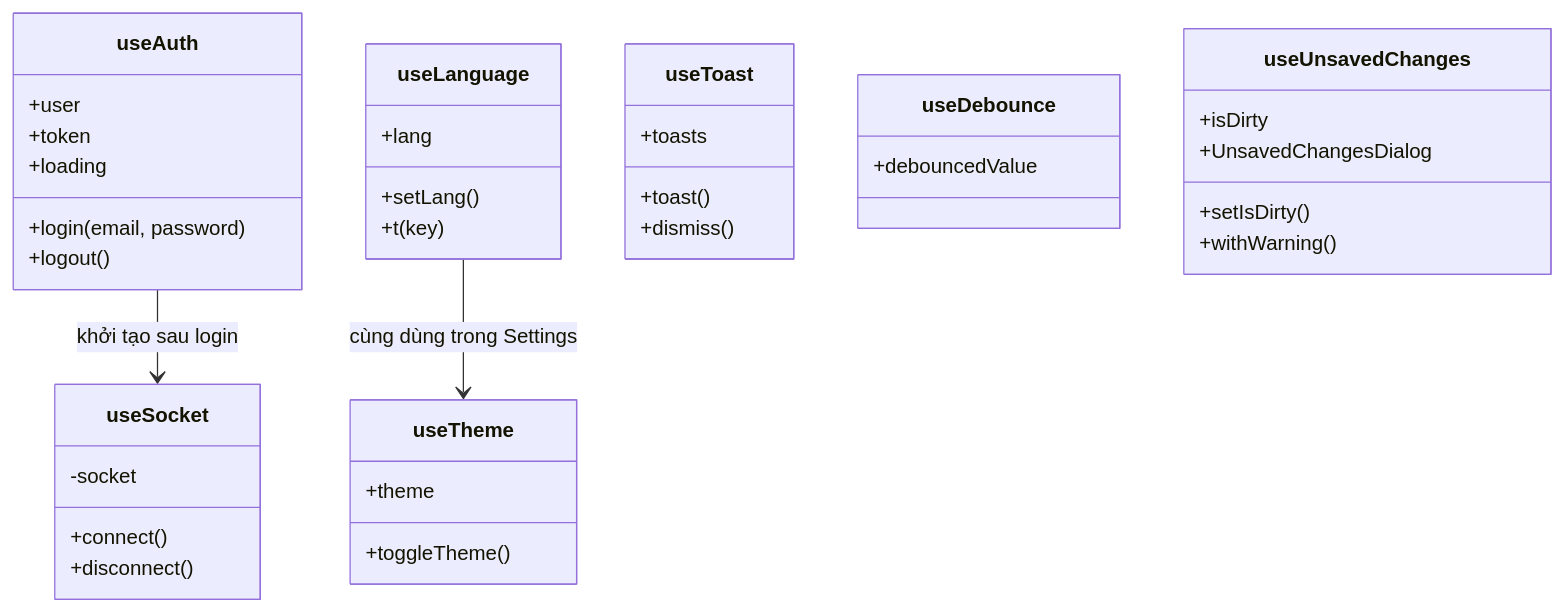
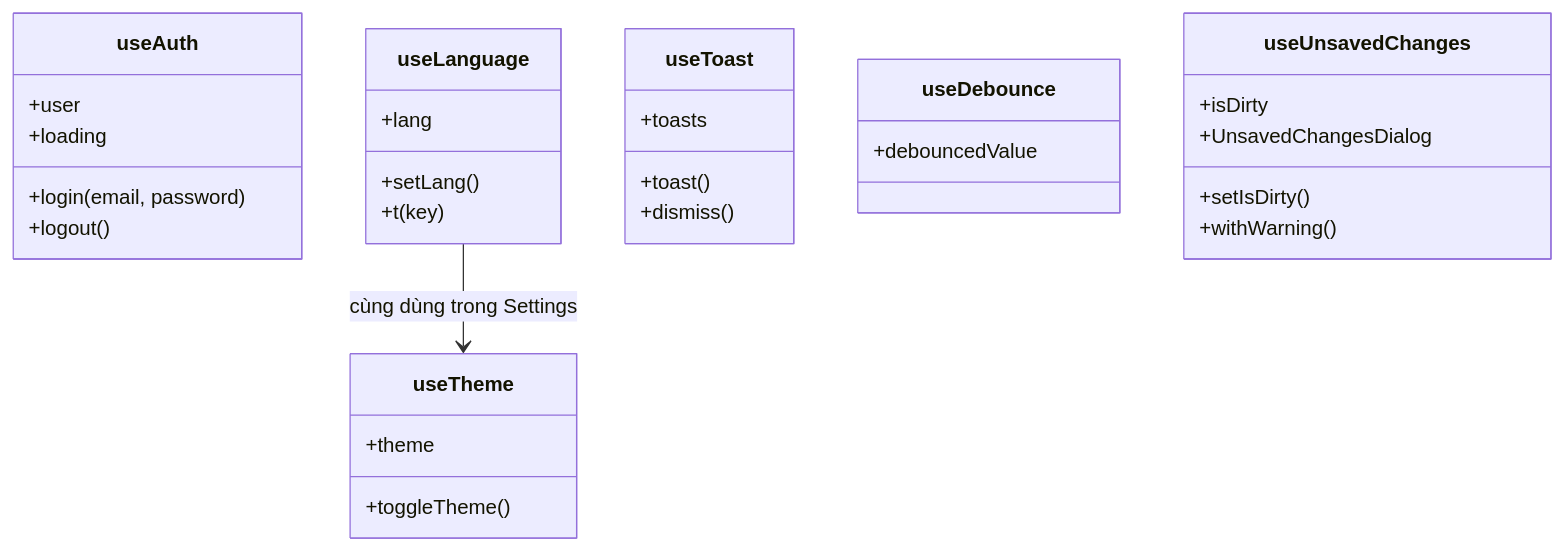
The fifth of 24 diagrams in docs/SDD.md (nghiaxh/hr-management), drawn with Mermaid before and after one commit. The commit also changed other lines of this file and 8 other files, not shown here.

````diff
--- a/docs/SDD.md
+++ b/docs/SDD.md
@@ -378,40 +354,33 @@
 ```mermaid
 classDiagram
     class useAuth {
         +user
-        +token
         +loading
         +login(email, password)
         +logout()
     }
     class useTheme {
         +theme
         +toggleTheme()
     }
     class useLanguage {
         +lang
         +setLang()
         +t(key)
-    }
-    class useSocket {
-        -socket
-        +connect()
-        +disconnect()
     }
     class useToast {
         +toasts
         +toast()
         +dismiss()
     }
     class useDebounce {
         +debouncedValue
     }
     class useUnsavedChanges {
         +isDirty
         +setIsDirty()
         +withWarning()
         +UnsavedChangesDialog
     }
-    useAuth --> useSocket : khởi tạo sau login
     useLanguage --> useTheme : cùng dùng trong Settings
 ```
````
